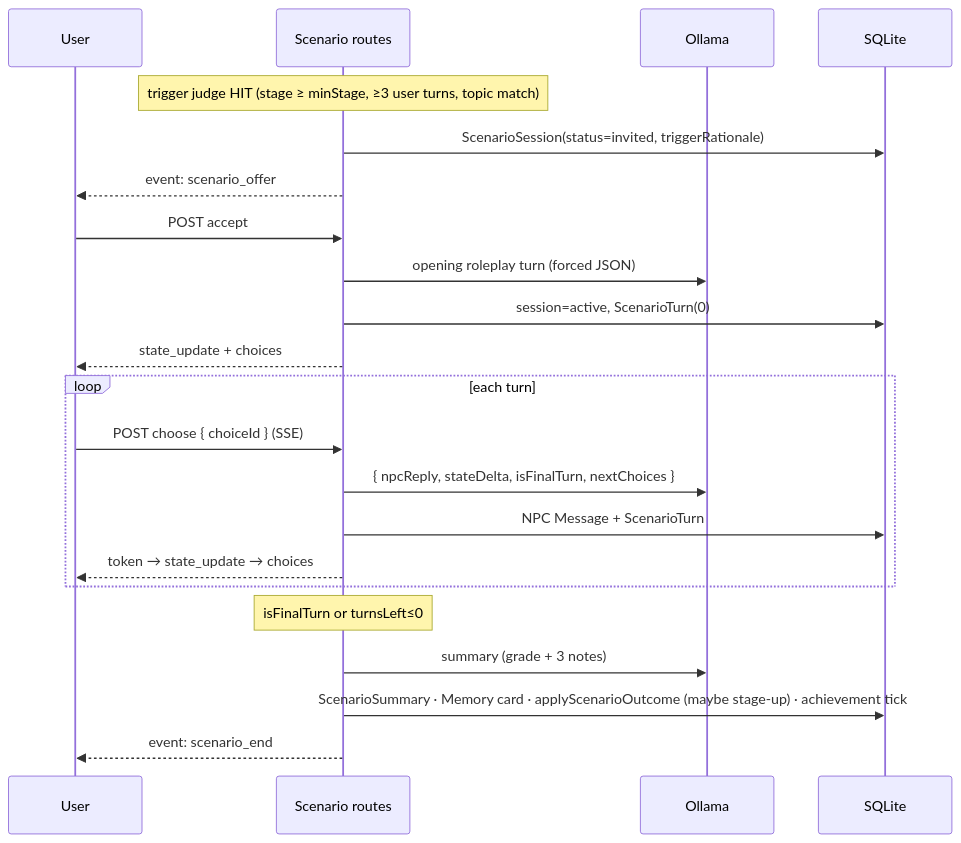
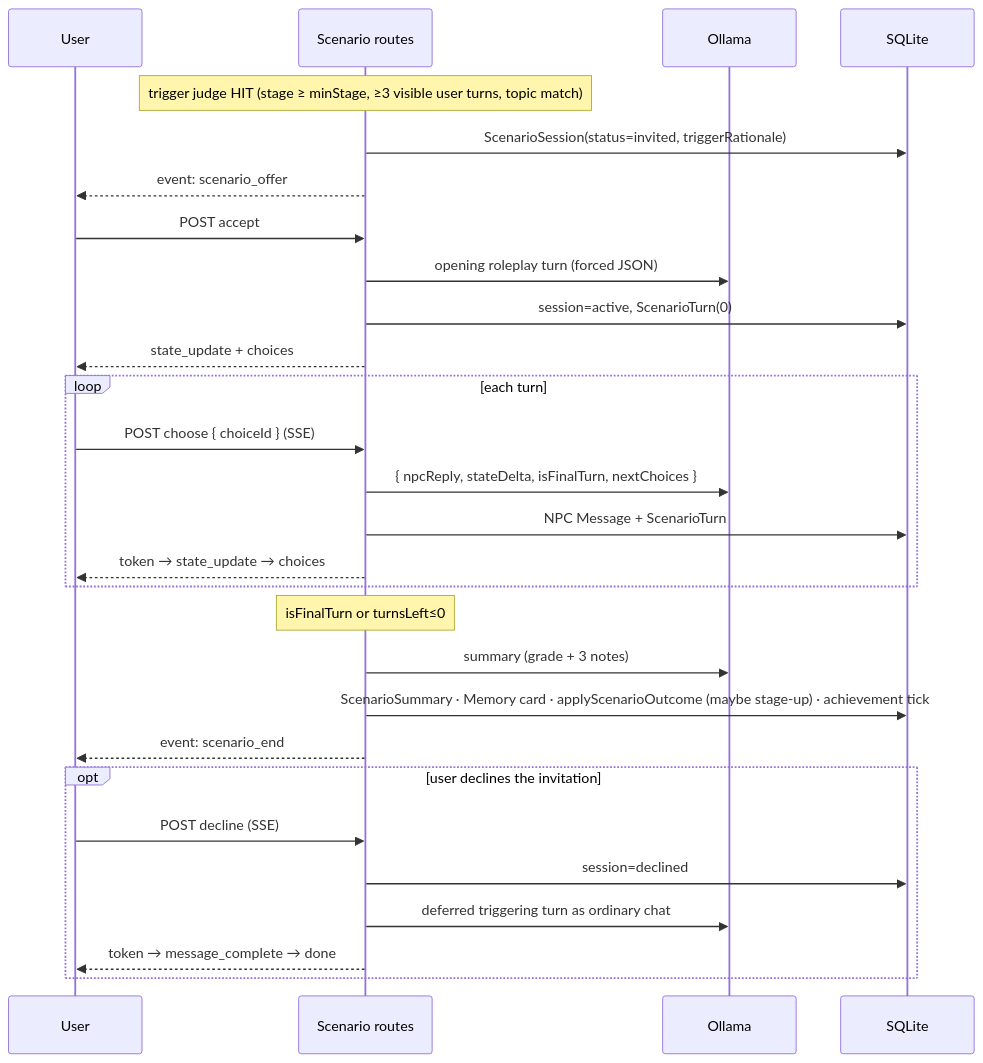
The third of 4 diagrams in docs/reports/architecture.md (ruii-wu/popcorn-language), drawn with Mermaid before and after one commit. The commit also changed other lines of this file and 33 other files, not shown here.

````diff
--- a/docs/reports/architecture.md
+++ b/docs/reports/architecture.md
@@ -76,25 +77,32 @@
 ```mermaid
 sequenceDiagram
   participant U as User
   participant S as Scenario routes
   participant LLM as Ollama
   participant DB as SQLite
 
-  Note over S: trigger judge HIT (stage ≥ minStage, ≥3 user turns, topic match)
+  Note over S: trigger judge HIT (stage ≥ minStage, ≥3 visible user turns, topic match)
   S->>DB: ScenarioSession(status=invited, triggerRationale)
   S-->>U: event: scenario_offer
   U->>S: POST accept
   S->>LLM: opening roleplay turn (forced JSON)
   S->>DB: session=active, ScenarioTurn(0)
   S-->>U: state_update + choices
   loop each turn
     U->>S: POST choose { choiceId } (SSE)
     S->>LLM: { npcReply, stateDelta, isFinalTurn, nextChoices }
     S->>DB: NPC Message + ScenarioTurn
     S-->>U: token → state_update → choices
   end
   Note over S: isFinalTurn or turnsLeft≤0
   S->>LLM: summary (grade + 3 notes)
   S->>DB: ScenarioSummary · Memory card · applyScenarioOutcome (maybe stage-up) · achievement tick
   S-->>U: event: scenario_end
+
+  opt user declines the invitation
+    U->>S: POST decline (SSE)
+    S->>DB: session=declined
+    S->>LLM: deferred triggering turn as ordinary chat
+    S-->>U: token → message_complete → done
+  end
 ```
````
